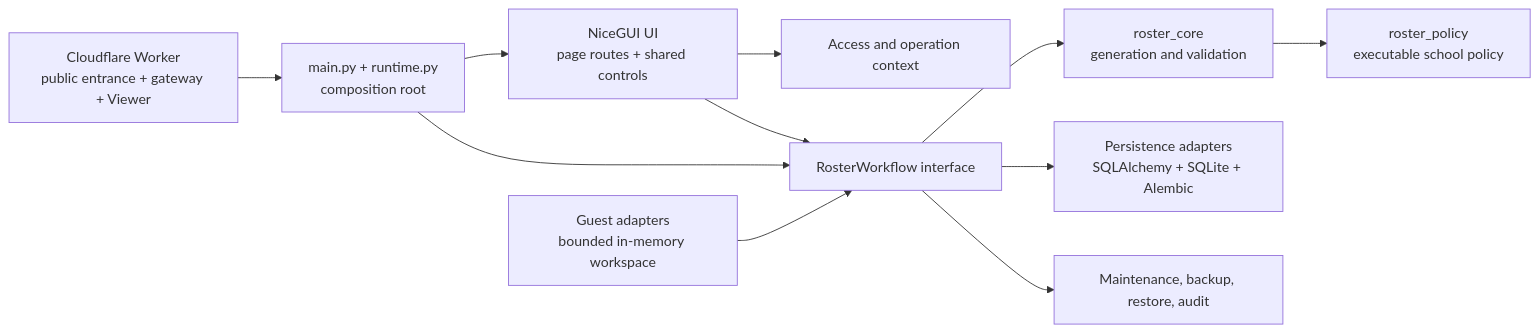
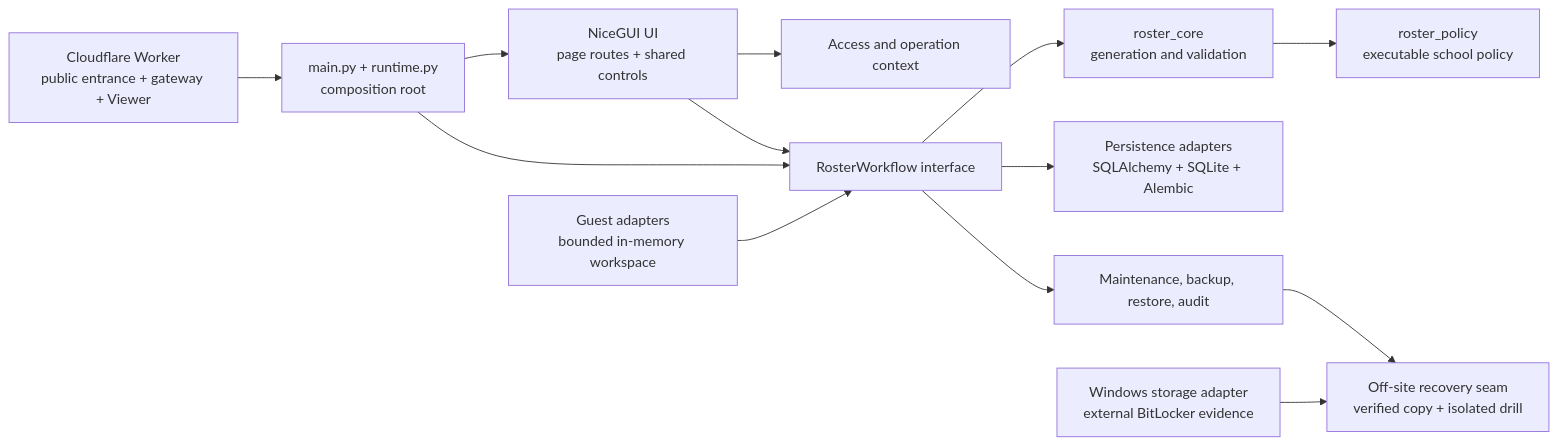
The first of 2 diagrams in docs/ARCHITECTURE_OVERVIEW.md (JackyLi10777/Study-Prefect-Duty-Roster-System), drawn with Mermaid before and after one commit. The commit also changed other lines of this file and 22 other files, not shown here.

Commit message:
Add verified off-site disaster recovery workflow

````diff
--- a/docs/ARCHITECTURE_OVERVIEW.md
+++ b/docs/ARCHITECTURE_OVERVIEW.md
@@ -11,13 +11,15 @@
 ```mermaid
 flowchart LR
     UI["NiceGUI UI\npage routes + shared controls"] --> ACCESS["Access and operation context"]
     UI --> WORKFLOW["RosterWorkflow interface"]
     WORKFLOW --> DOMAIN["roster_core\ngeneration and validation"]
     DOMAIN --> POLICY["roster_policy\nexecutable school policy"]
     WORKFLOW --> PERSIST["Persistence adapters\nSQLAlchemy + SQLite + Alembic"]
     WORKFLOW --> RECOVERY["Maintenance, backup, restore, audit"]
+    RECOVERY --> OFFSITE["Off-site recovery seam\nverified copy + isolated drill"]
+    HOST["Windows storage adapter\nexternal BitLocker evidence"] --> OFFSITE
     RUNTIME["main.py + runtime.py\ncomposition root"] --> UI
     RUNTIME --> WORKFLOW
     WORKER["Cloudflare Worker\npublic entrance + gateway + Viewer"] --> RUNTIME
     GUEST["Guest adapters\nbounded in-memory workspace"] --> WORKFLOW
 ```
````
